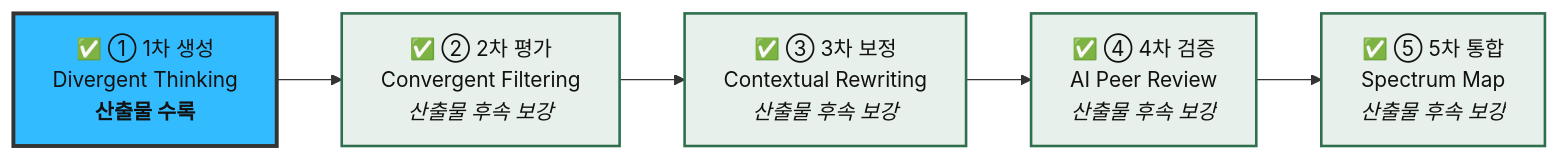
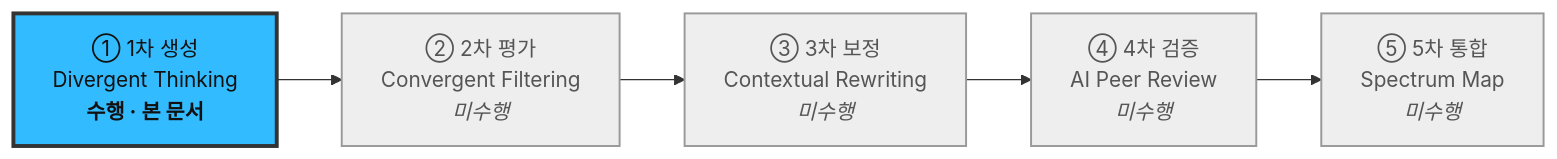
Before and after one commit to new-rim/business-research-practice-2026-sesac: the first of 2 diagrams in 05-personas/persona-02-spectrum.md, drawn with Mermaid. The commit also changed other lines of this file and 12 other files, not shown here.

````diff
--- a/05-personas/persona-02-spectrum.md
+++ b/05-personas/persona-02-spectrum.md
@@ -28,10 +24,10 @@
 ```mermaid
 graph LR
-    S1["✅ ① 1차 생성<br/>Divergent Thinking<br/><b>산출물 수록</b>"]:::done --> S2["✅ ② 2차 평가<br/>Convergent Filtering<br/><i>산출물 후속 보강</i>"]:::pending
-    S2 --> S3["✅ ③ 3차 보정<br/>Contextual Rewriting<br/><i>산출물 후속 보강</i>"]:::pending
-    S3 --> S4["✅ ④ 4차 검증<br/>AI Peer Review<br/><i>산출물 후속 보강</i>"]:::pending
-    S4 --> S5["✅ ⑤ 5차 통합<br/>Spectrum Map<br/><i>산출물 후속 보강</i>"]:::pending
+    S1["① 1차 생성<br/>Divergent Thinking<br/><b>수행 · 본 문서</b>"]:::done --> S2["② 2차 평가<br/>Convergent Filtering<br/><i>미수행</i>"]:::pending
+    S2 --> S3["③ 3차 보정<br/>Contextual Rewriting<br/><i>미수행</i>"]:::pending
+    S3 --> S4["④ 4차 검증<br/>AI Peer Review<br/><i>미수행</i>"]:::pending
+    S4 --> S5["⑤ 5차 통합<br/>Spectrum Map<br/><i>미수행</i>"]:::pending
 
     classDef done fill:#33BBFF,stroke:#333,stroke-width:3px,color:#111;
-    classDef pending fill:#E8F0EB,stroke:#2F6F4E,stroke-width:2px,color:#111;
+    classDef pending fill:#EEEEEE,stroke:#999,stroke-width:1.5px,color:#555;
 ```
````
